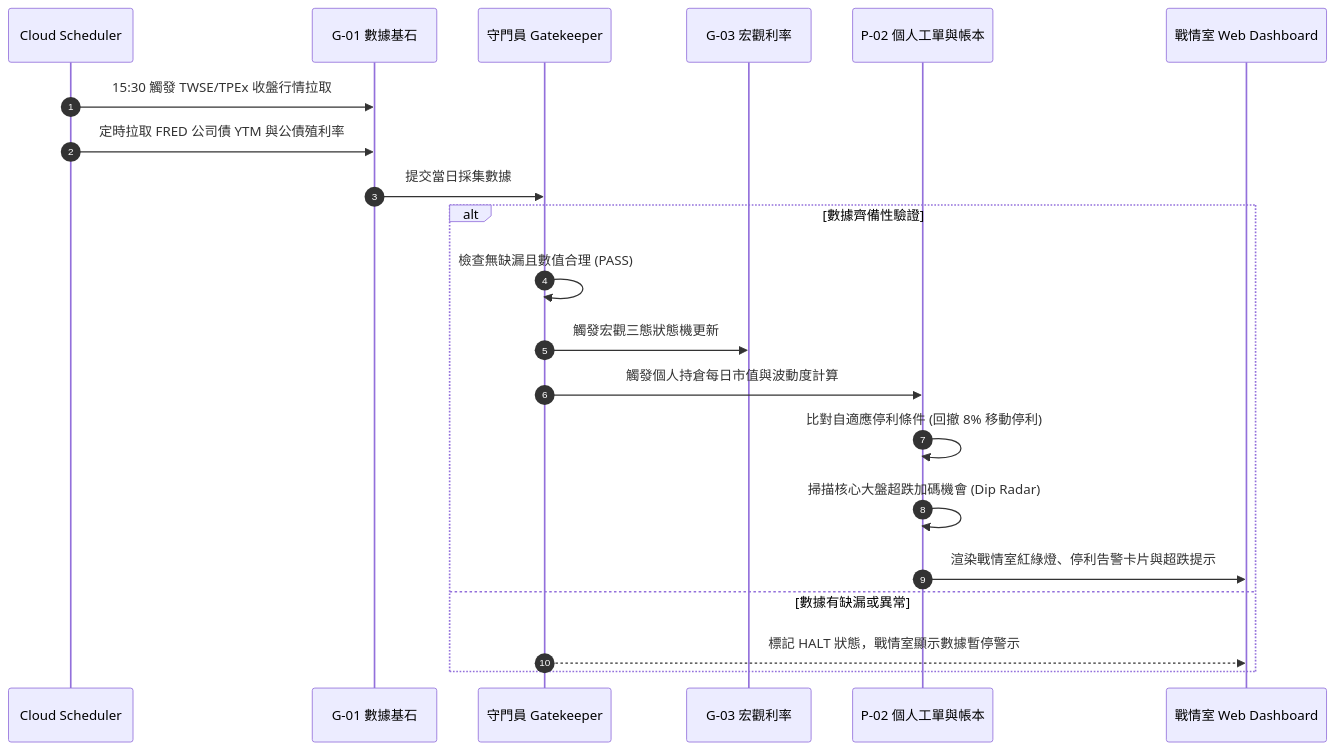
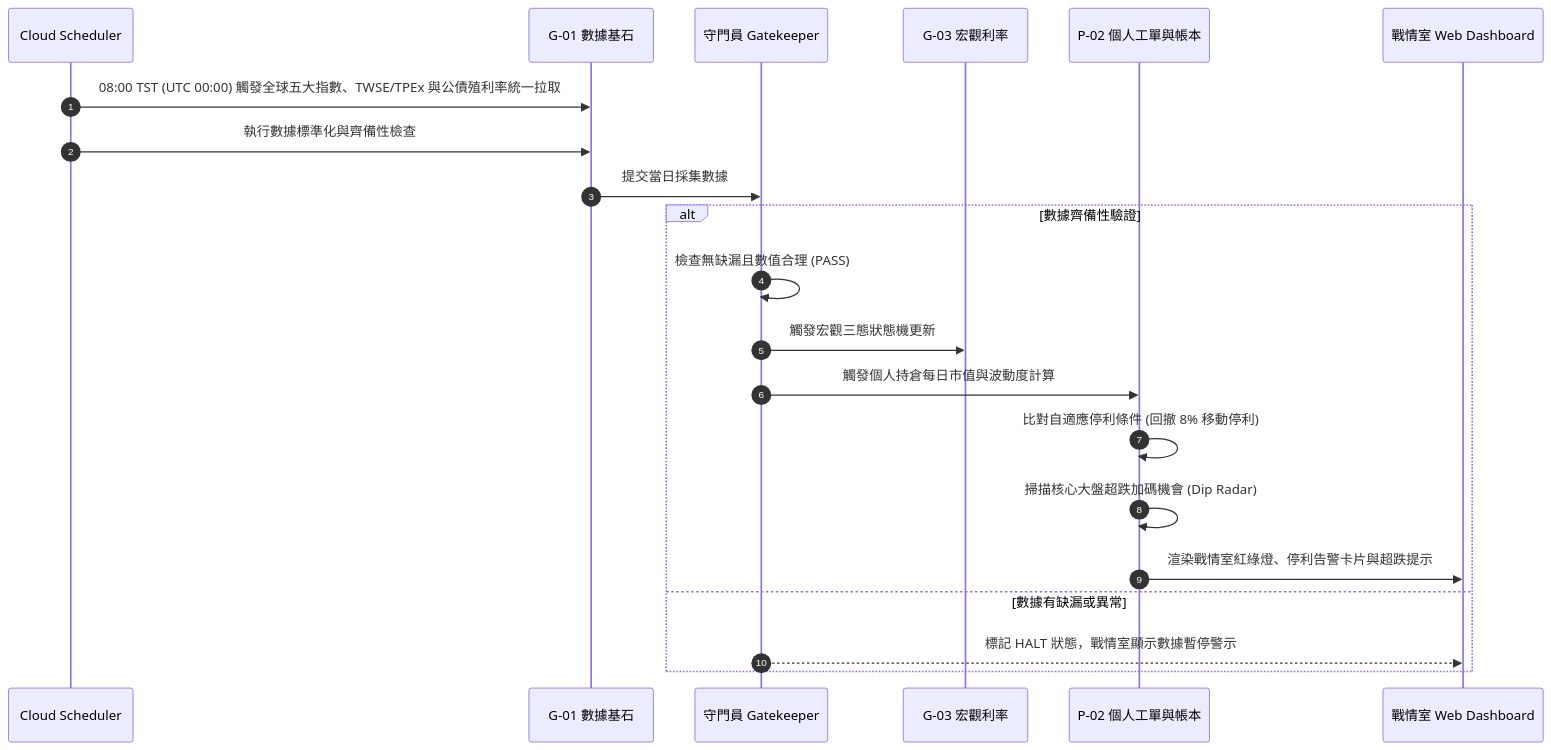
The first of 2 diagrams in docs/01-requirements/user-stories/README.md (linuschien/etf-alpha-harvester), drawn with Mermaid before and after one commit. The commit also changed other lines of this file and 6 other files, not shown here.

````diff
--- a/docs/01-requirements/user-stories/README.md
+++ b/docs/01-requirements/user-stories/README.md
@@ -48,24 +48,24 @@
 ```mermaid
 sequenceDiagram
     autonumber
     participant Sch as Cloud Scheduler
     participant G01 as G-01 數據基石
     participant Gate as 守門員 Gatekeeper
     participant G03 as G-03 宏觀利率
     participant P02 as P-02 個人工單與帳本
     participant UI as 戰情室 Web Dashboard
 
-    Sch->>G01: 15:30 觸發 TWSE/TPEx 收盤行情拉取
-    Sch->>G01: 定時拉取 FRED 公司債 YTM 與公債殖利率
+    Sch->>G01: 08:00 TST (UTC 00:00) 觸發全球五大指數、TWSE/TPEx 與公債殖利率統一拉取
+    Sch->>G01: 執行數據標準化與齊備性檢查
     G01->>Gate: 提交當日採集數據
     alt 數據齊備性驗證
         Gate->>Gate: 檢查無缺漏且數值合理 (PASS)
         Gate->>G03: 觸發宏觀三態狀態機更新
         Gate->>P02: 觸發個人持倉每日市值與波動度計算
         P02->>P02: 比對自適應停利條件 (回撤 8% 移動停利)
         P02->>P02: 掃描核心大盤超跌加碼機會 (Dip Radar)
         P02->>UI: 渲染戰情室紅綠燈、停利告警卡片與超跌提示
     else 數據有缺漏或異常
         Gate-->>UI: 標記 HALT 狀態，戰情室顯示數據暫停警示
     end
 ```
````
